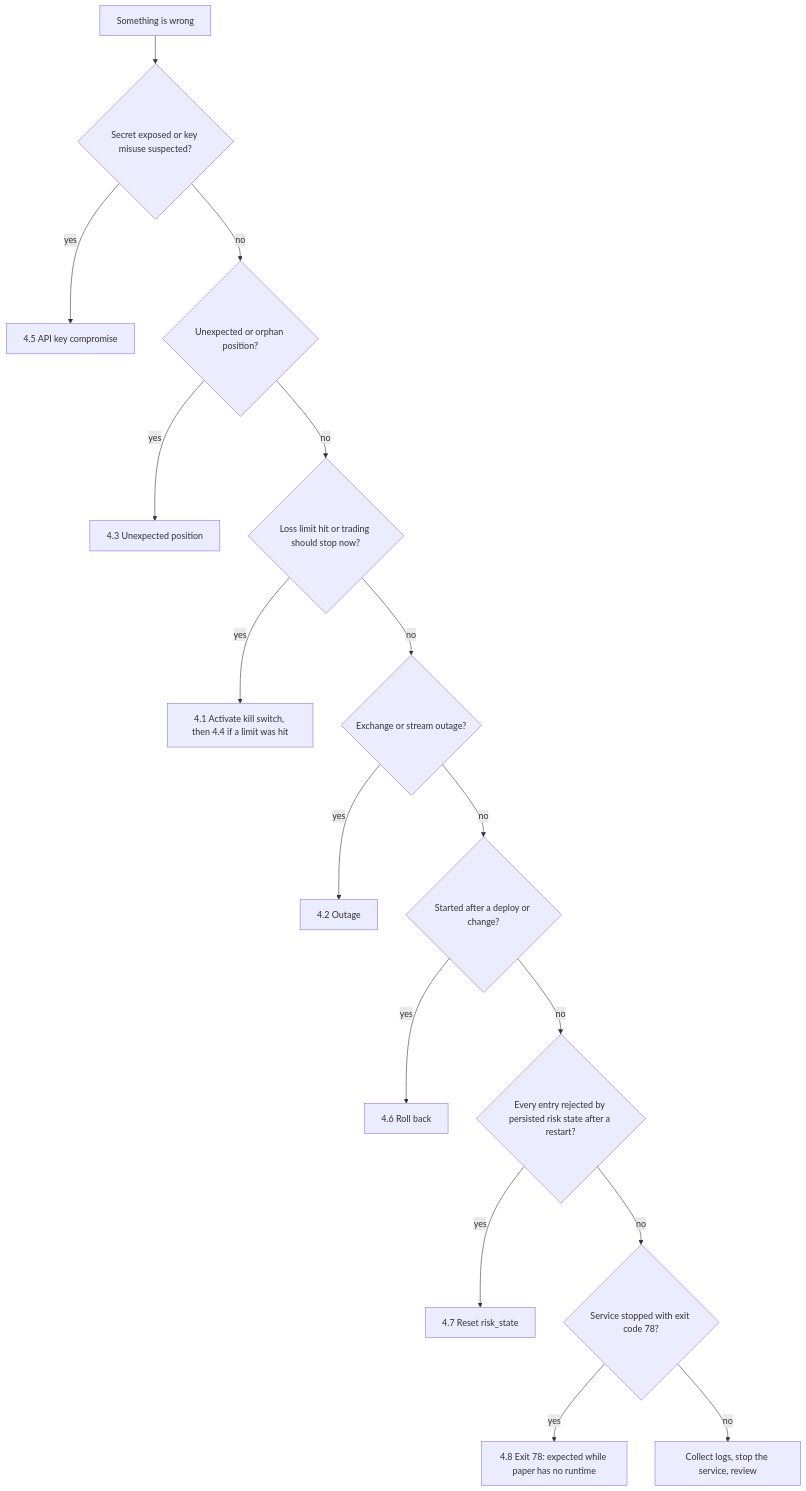
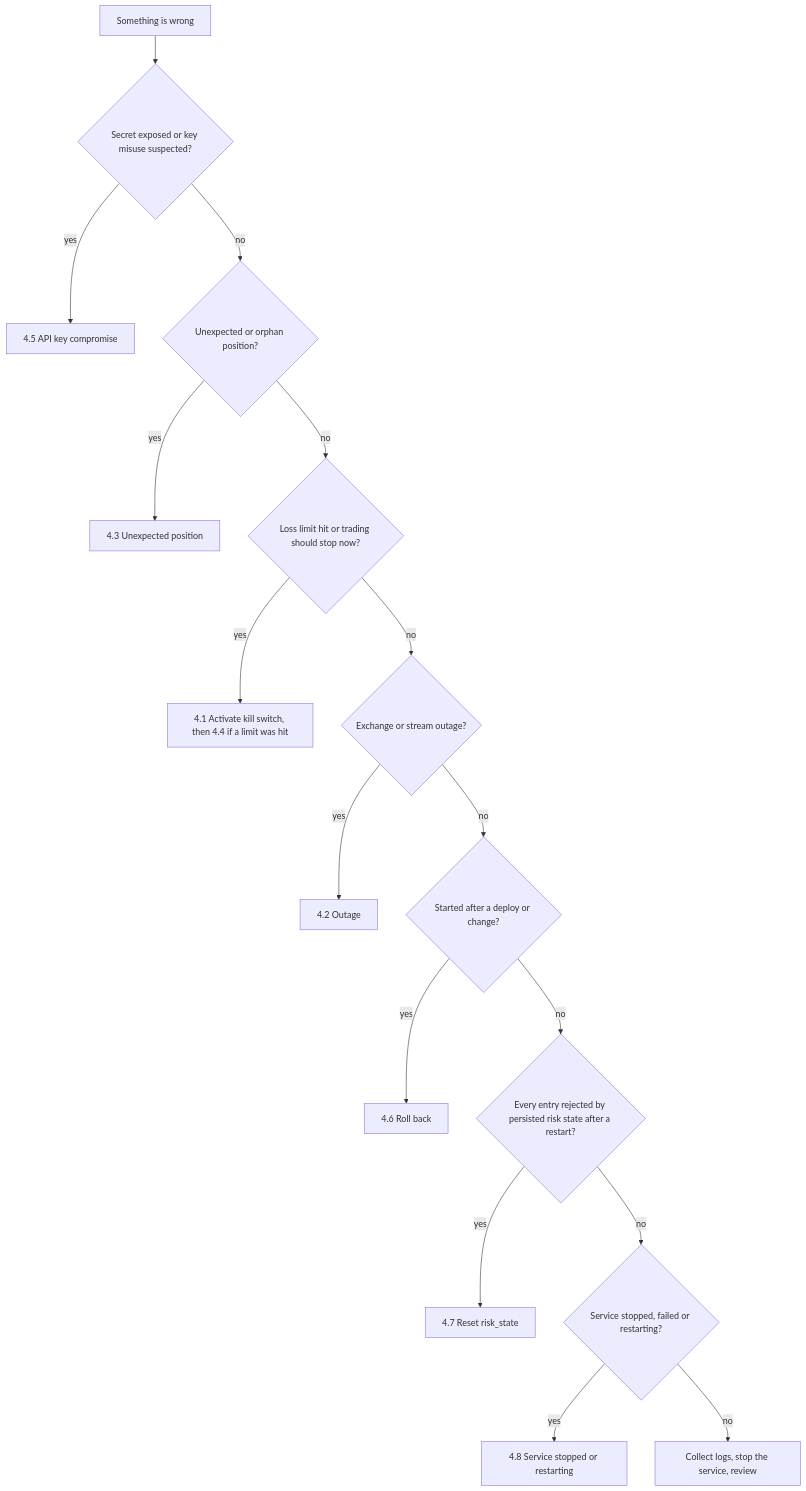
The diagram in docs/ops-silverbot.md (ceezey/SILVR), drawn with Mermaid before and after one commit. The commit also changed other lines of this file and 23 other files, not shown here.

````diff
--- a/docs/ops-silverbot.md
+++ b/docs/ops-silverbot.md
@@ -122,18 +123,18 @@
 ```mermaid
 flowchart TD
     A["Something is wrong"] --> B{"Secret exposed or key misuse suspected?"}
     B -- "yes" --> C["4.5 API key compromise"]
     B -- "no" --> D{"Unexpected or orphan position?"}
     D -- "yes" --> E["4.3 Unexpected position"]
     D -- "no" --> F{"Loss limit hit or trading should stop now?"}
     F -- "yes" --> G["4.1 Activate kill switch, then 4.4 if a limit was hit"]
     F -- "no" --> H{"Exchange or stream outage?"}
     H -- "yes" --> I["4.2 Outage"]
     H -- "no" --> J{"Started after a deploy or change?"}
     J -- "yes" --> K["4.6 Roll back"]
     J -- "no" --> M{"Every entry rejected by persisted risk state after a restart?"}
     M -- "yes" --> N["4.7 Reset risk_state"]
-    M -- "no" --> O{"Service stopped with exit code 78?"}
-    O -- "yes" --> P["4.8 Exit 78: expected while paper has no runtime"]
+    M -- "no" --> O{"Service stopped, failed or restarting?"}
+    O -- "yes" --> P["4.8 Service stopped or restarting"]
     O -- "no" --> L["Collect logs, stop the service, review"]
 ```
````
